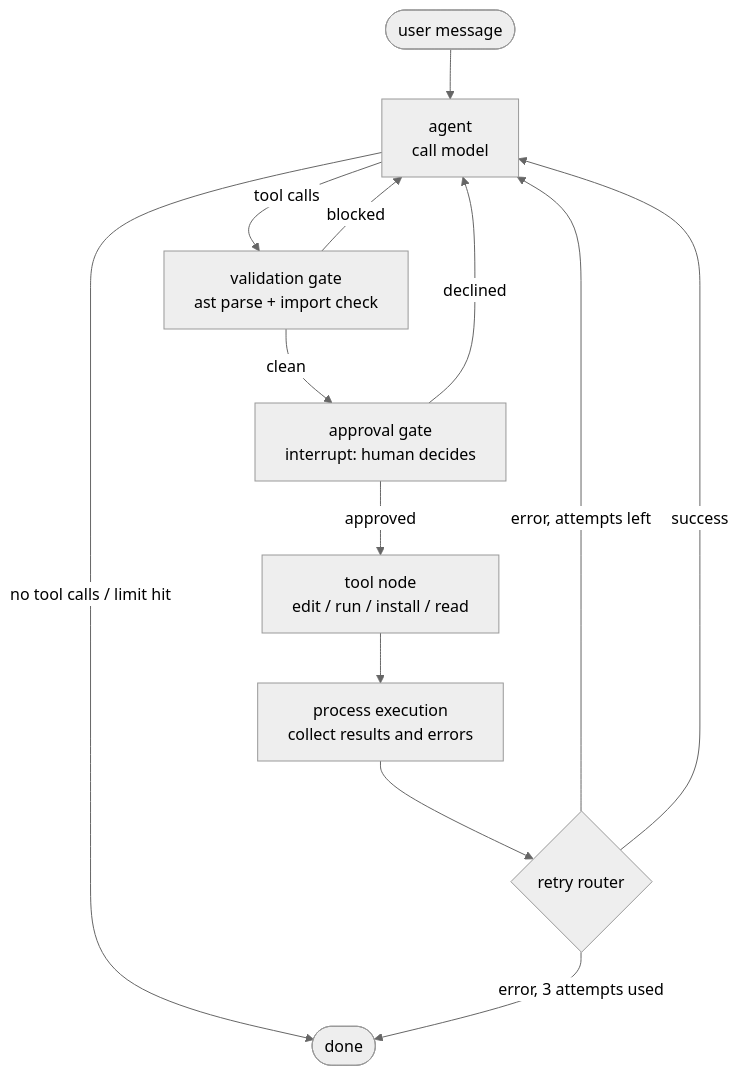
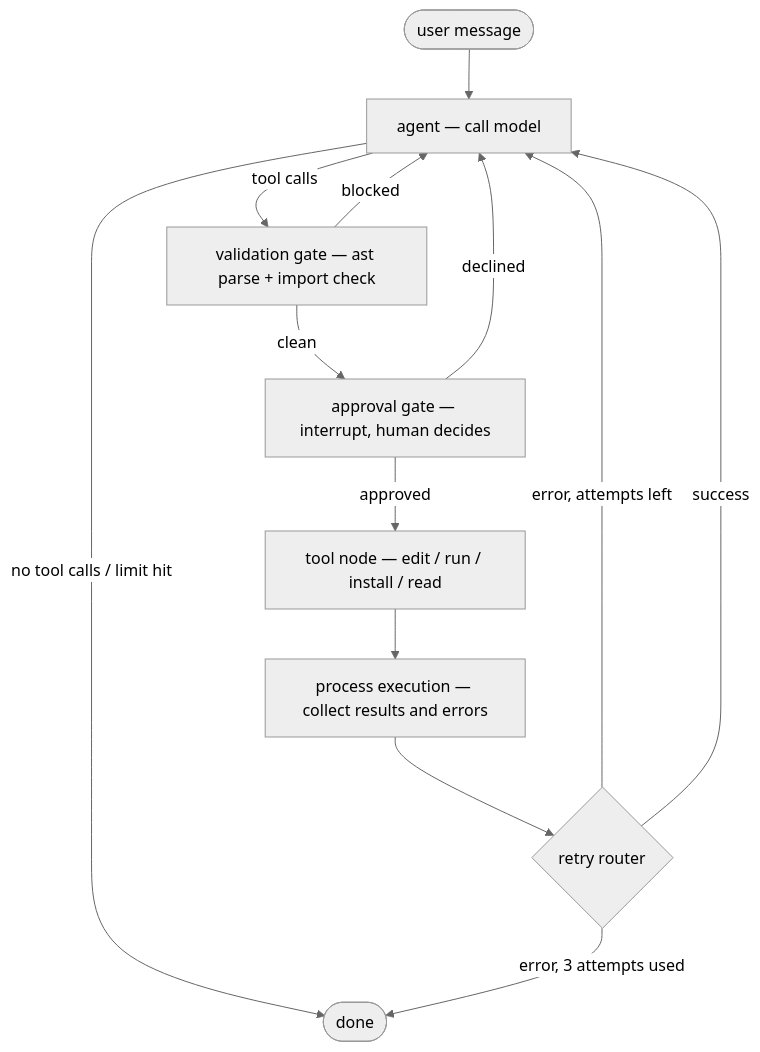
Before and after one commit to Asem-Saber/CodeForge: the diagram in README.md, drawn with Mermaid (neutral theme).

Commit message:
add README file

````diff
--- a/README.md
+++ b/README.md
@@ -80,15 +80,15 @@
 ```mermaid
 flowchart TD
-    START([user message]) --> agent[agent<br/>call model]
+    START([user message]) --> agent["agent — call model"]
     agent -->|no tool calls / limit hit| END([done])
-    agent -->|tool calls| validation[validation gate<br/>ast parse + import check]
+    agent -->|tool calls| validation["validation gate — ast parse + import check"]
     validation -->|blocked| agent
-    validation -->|clean| approval[approval gate<br/>interrupt: human decides]
+    validation -->|clean| approval["approval gate — interrupt, human decides"]
     approval -->|declined| agent
-    approval -->|approved| tools[tool node<br/>edit / run / install / read]
-    tools --> process[process execution<br/>collect results and errors]
+    approval -->|approved| tools["tool node — edit / run / install / read"]
+    tools --> process["process execution — collect results and errors"]
     process --> retry{retry router}
     retry -->|error, attempts left| agent
     retry -->|error, 3 attempts used| END
     retry -->|success| agent
 ```
````
